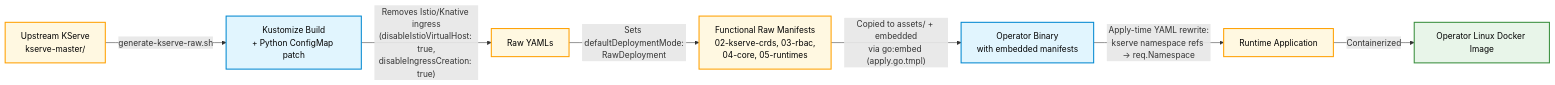
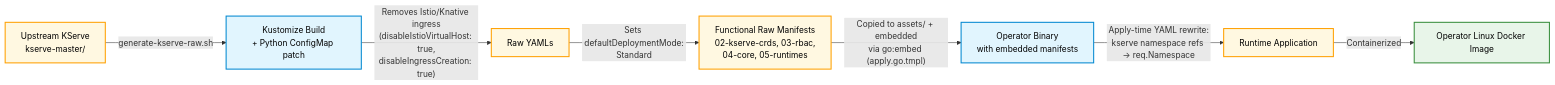
The sixth of 6 diagrams in extra-docs/architecture-overview.md (skyakash/kserve-op), drawn with Mermaid before and after one commit. The commit also changed 9 other files, not shown here.

First line of the commit message:
docs: reflect ConfigMap default flip from RawDeployment to Standard

````diff
--- a/extra-docs/architecture-overview.md
+++ b/extra-docs/architecture-overview.md
@@ -266,14 +266,14 @@
 ```mermaid
 flowchart LR
     classDef file fill:#fff8e1,stroke:#ffa000,stroke-width:2px,color:#000
     classDef process fill:#e1f5fe,stroke:#0288d1,stroke-width:2px,color:#000
     classDef active fill:#e8f5e9,stroke:#388e3c,stroke-width:2px,color:#000
 
     GH[Upstream KServe<br/>kserve-master/]:::file -- generate-kserve-raw.sh --> Extractor[Kustomize Build<br/>+ Python ConfigMap patch]:::process
     Extractor -- "Removes Istio/Knative ingress<br/>(disableIstioVirtualHost: true,<br/>disableIngressCreation: true)" --> Raw[Raw YAMLs]:::file
-    Raw -- "Sets defaultDeploymentMode:<br/>RawDeployment" --> PatchedRaw[Functional Raw Manifests<br/>02-kserve-crds, 03-rbac,<br/>04-core, 05-runtimes]:::file
+    Raw -- "Sets defaultDeploymentMode:<br/>Standard" --> PatchedRaw[Functional Raw Manifests<br/>02-kserve-crds, 03-rbac,<br/>04-core, 05-runtimes]:::file
 
     PatchedRaw -- "Copied to assets/ + embedded<br/>via go:embed (apply.go.tmpl)" --> GoCode[Operator Binary<br/>with embedded manifests]:::process
     GoCode -- "Apply-time YAML rewrite:<br/>kserve namespace refs → req.Namespace" --> Bin[Runtime Application]:::file
     Bin -- Containerized --> Img[Operator Linux Docker Image]:::active
 ```
````
